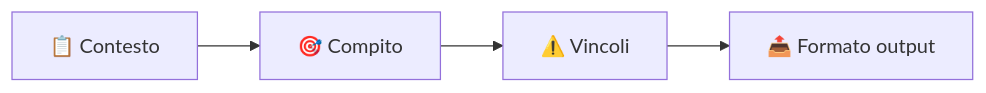
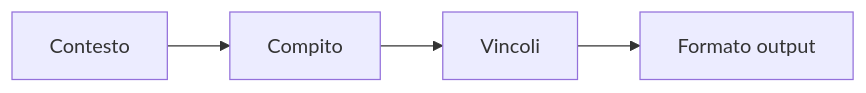
One commit to gdegani/its_slides_ai changed the first of 2 diagrams in pages/slides_lezione2.md. Above: the diagram before and after it, drawn with Mermaid. The commit also changed other lines of this file and 3 other files, not shown here.

Commit message:
Add SVG diagram illustrating the context window of an LLM with token representation

````diff
--- a/pages/slides_lezione2.md
+++ b/pages/slides_lezione2.md
@@ -45,6 +45,6 @@
 ```mermaid
 flowchart LR
-    A["📋 Contesto"] --> B["🎯 Compito"]
-    B --> C["⚠️ Vincoli"]
-    C --> D["📤 Formato output"]
+    A["Contesto"] --> B["Compito"]
+    B --> C["Vincoli"]
+    C --> D["Formato output"]
 ```
````
